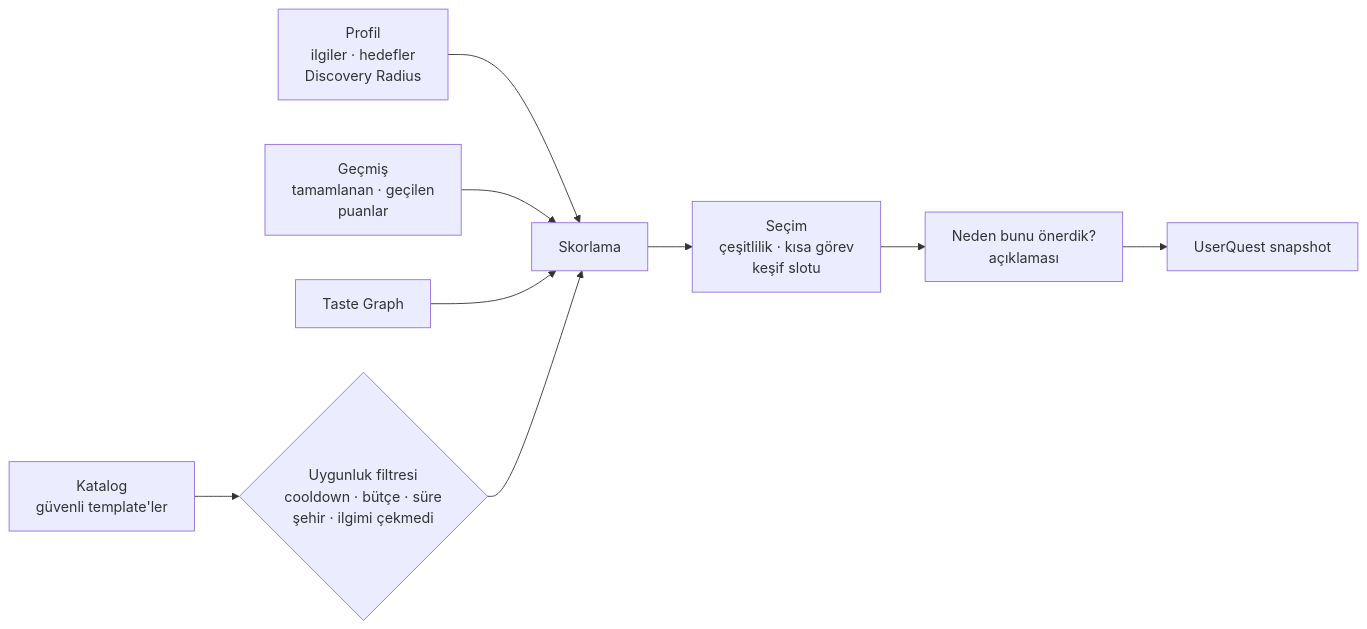
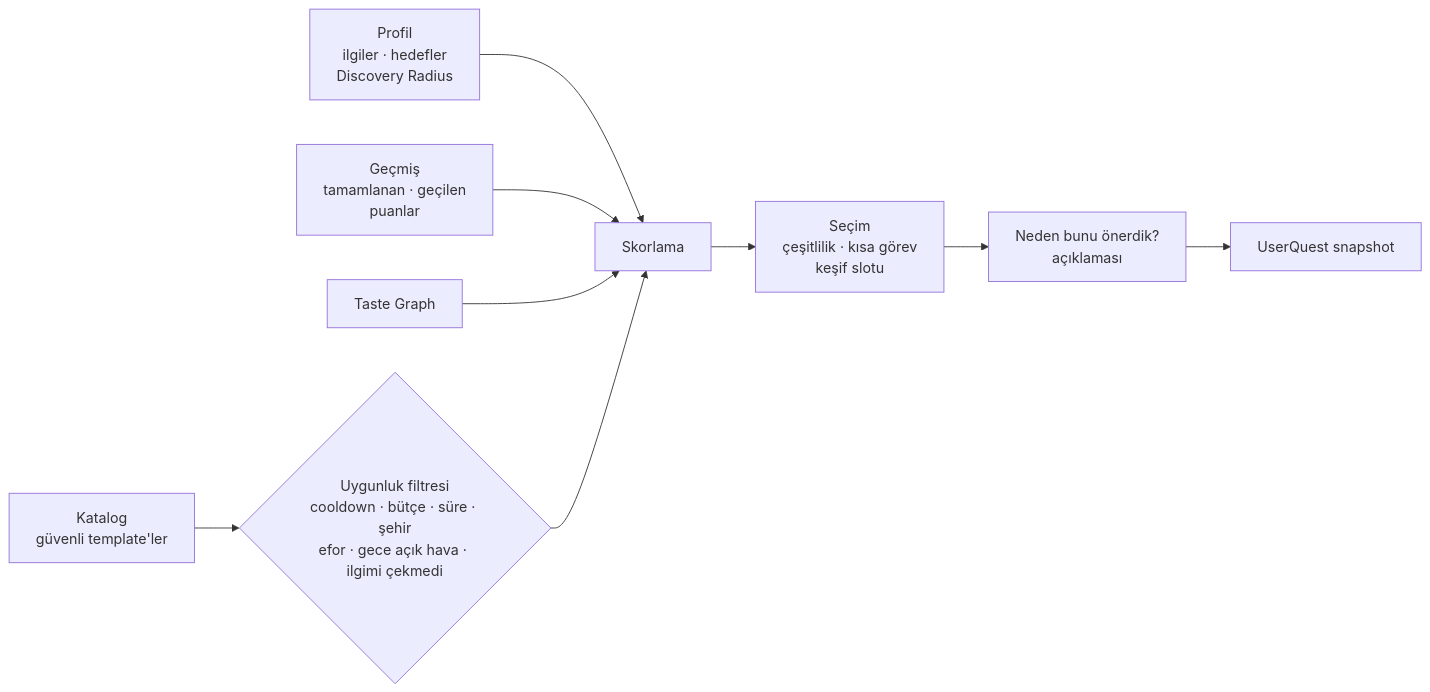
Before and after one commit to gvnuysal/gvn.gvnai.lifequest: the second of 3 diagrams in README.md, drawn with Mermaid. The commit also changed other lines of this file and 96 other files, not shown here.

````diff
--- a/README.md
+++ b/README.md
@@ -83,11 +86,11 @@
 ```mermaid
 flowchart LR
-    A[Katalog<br/>güvenli template'ler] --> E{Uygunluk filtresi<br/>cooldown · bütçe · süre<br/>şehir · ilgimi çekmedi}
+    A[Katalog<br/>güvenli template'ler] --> E{Uygunluk filtresi<br/>cooldown · bütçe · süre · şehir<br/>efor · gece açık hava · ilgimi çekmedi}
     P[Profil<br/>ilgiler · hedefler<br/>Discovery Radius] --> S
     H[Geçmiş<br/>tamamlanan · geçilen<br/>puanlar] --> S
     G[Taste Graph] --> S
     E --> S[Skorlama]
     S --> D[Seçim<br/>çeşitlilik · kısa görev<br/>keşif slotu]
     D --> X["Neden bunu önerdik?"<br/>açıklaması]
     X --> Q[UserQuest snapshot]
 ```
````
